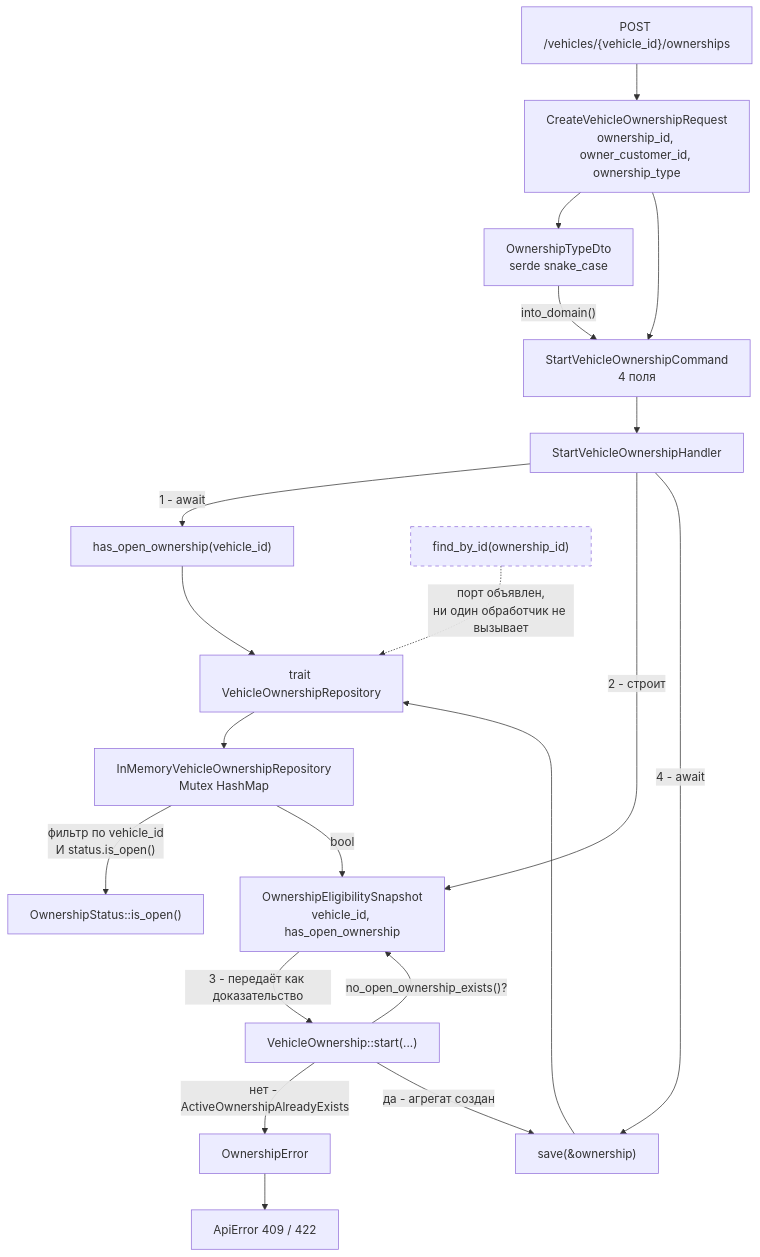
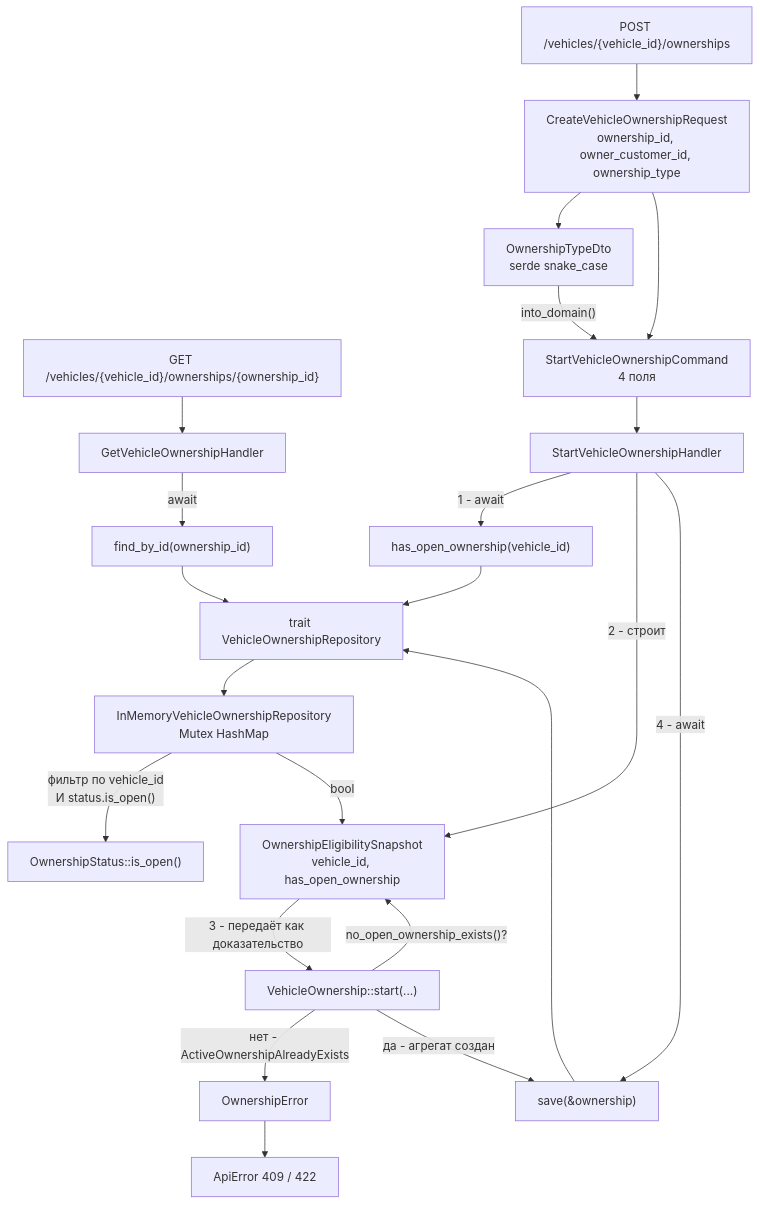
One commit to DeathRustZzZ/PitGO changed the first of 3 diagrams in docs/architecture/05_vehicle_ownership.md. Above: the diagram before and after it, drawn with Mermaid. The commit also changed other lines of this file and 11 other files, not shown here.

Commit message:
feat(ownership): add GET endpoint and handler for vehicle ownership

````diff
--- a/docs/architecture/05_vehicle_ownership.md
+++ b/docs/architecture/05_vehicle_ownership.md
@@ -22,52 +23,54 @@
 ```mermaid
 flowchart TD
 
   R["POST /vehicles/{vehicle_id}/ownerships"]
+  GR["GET /vehicles/{vehicle_id}/ownerships/{ownership_id}"]
   DTO["CreateVehicleOwnershipRequest<br/>ownership_id, owner_customer_id, ownership_type"]
   TDTO["OwnershipTypeDto<br/>serde snake_case"]
   CMD["StartVehicleOwnershipCommand<br/>4 поля"]
 
   H["StartVehicleOwnershipHandler"]
+  GH["GetVehicleOwnershipHandler"]
 
   PORT["trait VehicleOwnershipRepository"]
   M1["has_open_ownership(vehicle_id)"]
   M2["save(&ownership)"]
   M3["find_by_id(ownership_id)"]
 
   ADP["InMemoryVehicleOwnershipRepository<br/>Mutex HashMap"]
 
   SNAP["OwnershipEligibilitySnapshot<br/>vehicle_id, has_open_ownership"]
   AGG["VehicleOwnership::start(...)"]
   ISOPEN["OwnershipStatus::is_open()"]
 
   ERR["OwnershipError"]
   APIERR["ApiError 409 / 422"]
 
   R --> DTO
   DTO --> TDTO
   TDTO -->|"into_domain()"| CMD
   DTO --> CMD
   CMD --> H
 
   H -->|"1 - await"| M1
   M1 --> PORT
   PORT --> ADP
   ADP -->|"фильтр по vehicle_id<br/>И status.is_open()"| ISOPEN
   ADP -->|"bool"| SNAP
 
   H -->|"2 - строит"| SNAP
   SNAP -->|"3 - передаёт как доказательство"| AGG
   AGG -->|"no_open_ownership_exists()?"| SNAP
   AGG -->|"нет - ActiveOwnershipAlreadyExists"| ERR
   AGG -->|"да - агрегат создан"| M2
 
   H -->|"4 - await"| M2
   M2 --> PORT
 
-  M3 -.->|"порт объявлен,<br/>ни один обработчик не вызывает"| PORT
+  GR --> GH
+  GH -->|"await"| M3
+  M3 --> PORT
 
   ERR --> APIERR
 
-  classDef unused stroke-dasharray: 5 5
-  class M3 unused
 ```
````
